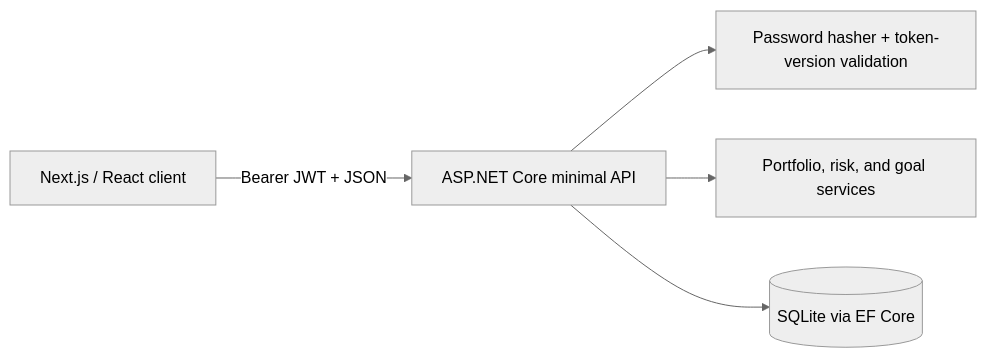
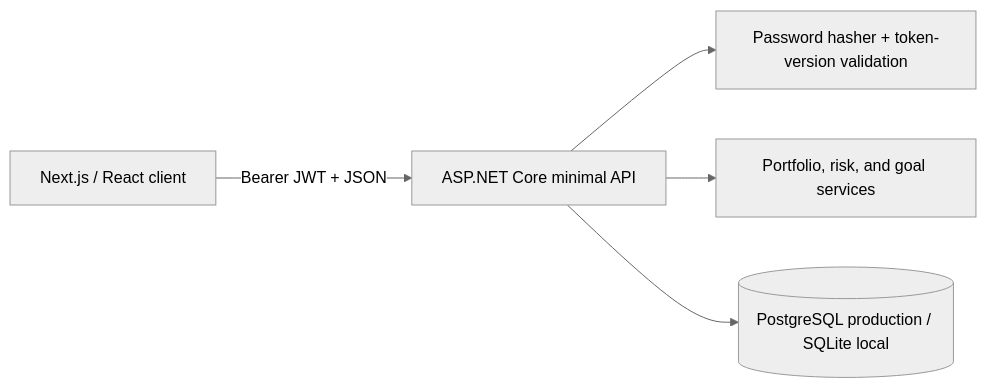
One commit to reinaldozhu6-web/planvest changed the diagram in README.md. Above: the diagram before and after it, drawn with Mermaid (neutral theme). The commit also changed other lines of this file and 23 other files, not shown here.

````diff
--- a/README.md
+++ b/README.md
@@ -32,7 +33,7 @@
 ```mermaid
 flowchart LR
   Browser[Next.js / React client] -->|Bearer JWT + JSON| API[ASP.NET Core minimal API]
   API --> Auth[Password hasher + token-version validation]
   API --> Services[Portfolio, risk, and goal services]
-  API --> DB[(SQLite via EF Core)]
+  API --> DB[(PostgreSQL production / SQLite local)]
 ```
````
